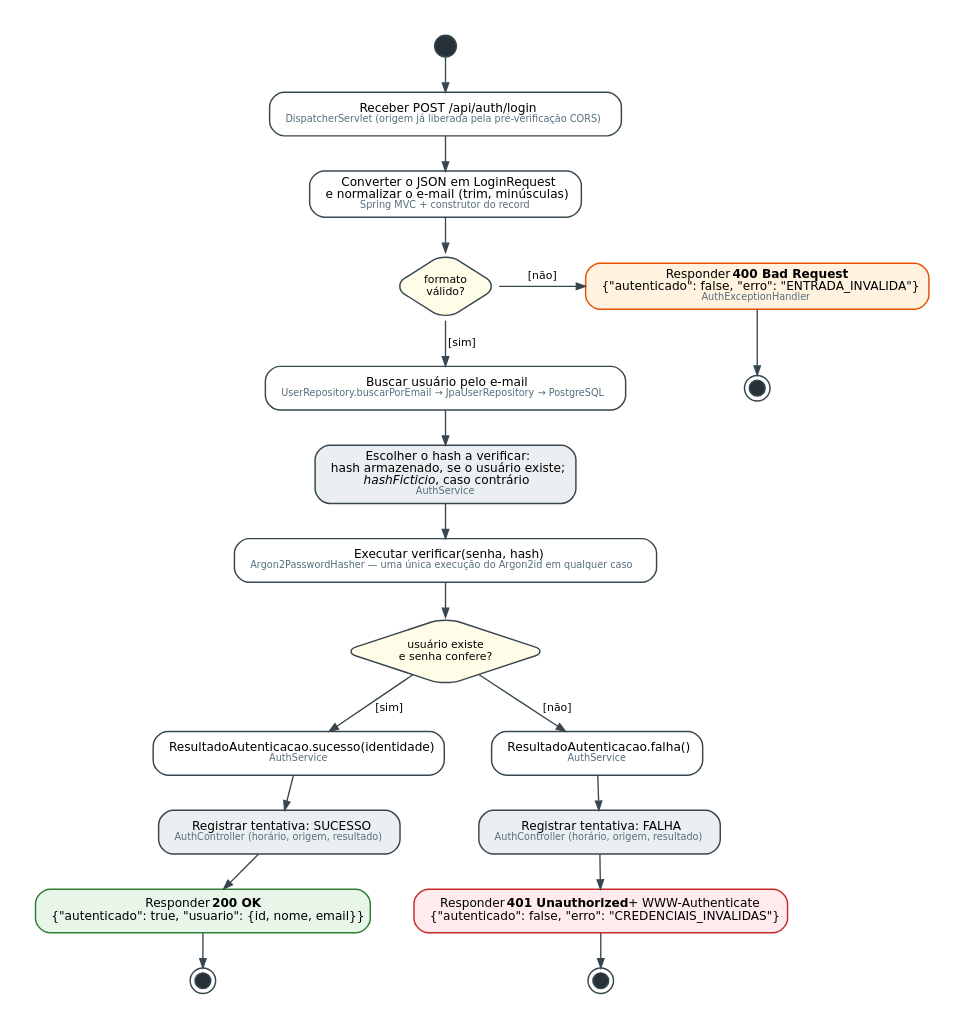
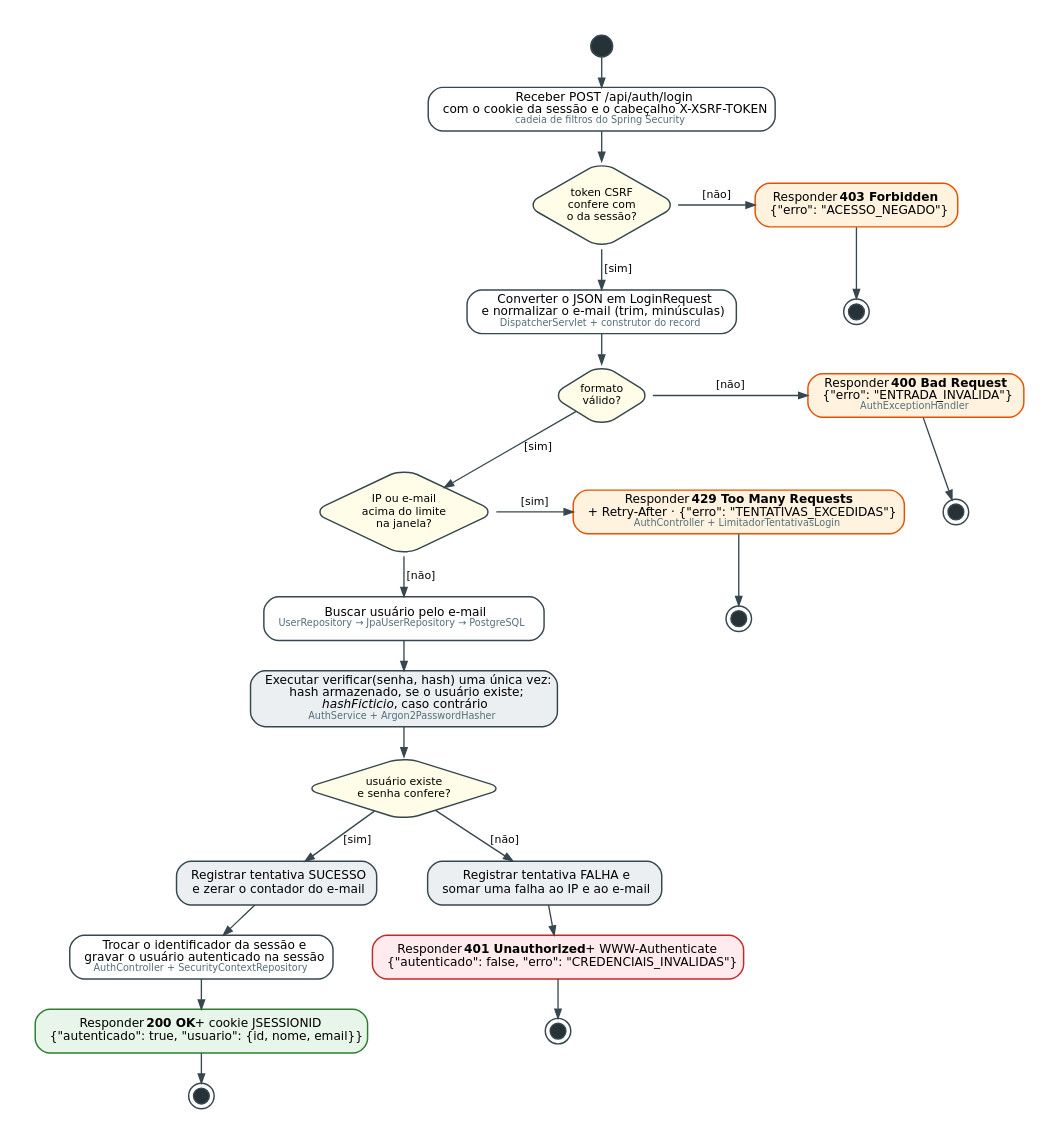
The diagram in docs/diagramas/fig-2.4-atividades-decisao.dot (claudioferreira23/software-autenticacao-web), drawn with Graphviz before and after one commit. The commit also changed 5 other files, not shown here.

First line of the commit message:
docs: atualiza diagramas para cadastro, sessão, CSRF e limite de tentativas

```diff
--- a/docs/diagramas/fig-2.4-atividades-decisao.dot
+++ b/docs/diagramas/fig-2.4-atividades-decisao.dot
@@ -1,36 +1,47 @@
 digraph atividades {
-  graph [rankdir=TB, fontname="DejaVu Sans", fontsize=12, nodesep=0.5, ranksep=0.38, bgcolor="white", pad=0.3, splines=spline];
-  node  [fontname="DejaVu Sans", fontsize=10, shape=box, style="rounded,filled", fillcolor="#FFFFFF", color="#37474F", penwidth=1.2, margin="0.18,0.07"];
+  graph [rankdir=TB, fontname="DejaVu Sans", fontsize=12, nodesep=0.45, ranksep=0.32, bgcolor="white", pad=0.3, splines=spline];
+  node  [fontname="DejaVu Sans", fontsize=10, shape=box, style="rounded,filled", fillcolor="#FFFFFF", color="#37474F", penwidth=1.2, margin="0.16,0.06"];
   edge  [fontname="DejaVu Sans", fontsize=9, color="#37474F", penwidth=1.1, arrowsize=0.75];
 
-  inicio  [shape=circle, label="", width=0.25, style=filled, fillcolor="#263238"];
+  inicio [shape=circle, label="", width=0.25, style=filled, fillcolor="#263238"];
   f200 [shape=doublecircle, label="", width=0.18, style=filled, fillcolor="#263238"];
+  f403 [shape=doublecircle, label="", width=0.18, style=filled, fillcolor="#263238"];
   f400 [shape=doublecircle, label="", width=0.18, style=filled, fillcolor="#263238"];
+  f429 [shape=doublecircle, label="", width=0.18, style=filled, fillcolor="#263238"];
   f401 [shape=doublecircle, label="", width=0.18, style=filled, fillcolor="#263238"];
 
-  receber  [label=<Receber POST /api/auth/login<BR/><FONT POINT-SIZE="8" COLOR="#546E7A">DispatcherServlet (origem já liberada pela pré-verificação CORS)</FONT>>];
-  converter[label=<Converter o JSON em LoginRequest<BR/>e normalizar o e-mail (trim, minúsculas)<BR/><FONT POINT-SIZE="8" COLOR="#546E7A">Spring MVC + construtor do record</FONT>>];
-  dval     [shape=diamond, label="formato\nválido?", fontsize=9, fillcolor="#FFFDE7", margin="0.05,0.05"];
-  r400     [label=<Responder <B>400 Bad Request</B><BR/>{"autenticado": false, "erro": "ENTRADA_INVALIDA"}<BR/><FONT POINT-SIZE="8" COLOR="#546E7A">AuthExceptionHandler</FONT>>, fillcolor="#FFF3E0", color="#E65100"];
+  receber  [label=<Receber POST /api/auth/login<BR/>com o cookie da sessão e o cabeçalho X-XSRF-TOKEN<BR/><FONT POINT-SIZE="8" COLOR="#546E7A">cadeia de filtros do Spring Security</FONT>>];
+  dcsrf    [shape=diamond, label="token CSRF\nconfere com\no da sessão?", fontsize=9, fillcolor="#FFFDE7", margin="0.04,0.04"];
+  r403     [label=<Responder <B>403 Forbidden</B><BR/>{"erro": "ACESSO_NEGADO"}>, fillcolor="#FFF3E0", color="#E65100"];
+  converter[label=<Converter o JSON em LoginRequest<BR/>e normalizar o e-mail (trim, minúsculas)<BR/><FONT POINT-SIZE="8" COLOR="#546E7A">DispatcherServlet + construtor do record</FONT>>];
+  dval     [shape=diamond, label="formato\nválido?", fontsize=9, fillcolor="#FFFDE7", margin="0.04,0.04"];
+  r400     [label=<Responder <B>400 Bad Request</B><BR/>{"erro": "ENTRADA_INVALIDA"}<BR/><FONT POINT-SIZE="8" COLOR="#546E7A">AuthExceptionHandler</FONT>>, fillcolor="#FFF3E0", color="#E65100"];
+  dlim     [shape=diamond, label="IP ou e-mail\nacima do limite\nna janela?", fontsize=9, fillcolor="#FFFDE7", margin="0.04,0.04"];
+  r429     [label=<Responder <B>429 Too Many Requests</B><BR/>+ Retry-After · {"erro": "TENTATIVAS_EXCEDIDAS"}<BR/><FONT POINT-SIZE="8" COLOR="#546E7A">AuthController + LimitadorTentativasLogin</FONT>>, fillcolor="#FFF3E0", color="#E65100"];
 
-  buscar   [label=<Buscar usuário pelo e-mail<BR/><FONT POINT-SIZE="8" COLOR="#546E7A">UserRepository.buscarPorEmail → JpaUserRepository → PostgreSQL</FONT>>];
-  escolher [label=<Escolher o hash a verificar:<BR/>hash armazenado, se o usuário existe;<BR/><I>hashFicticio</I>, caso contrário<BR/><FONT POINT-SIZE="8" COLOR="#546E7A">AuthService</FONT>>, fillcolor="#ECEFF1"];
-  verificar[label=<Executar verificar(senha, hash)<BR/><FONT POINT-SIZE="8" COLOR="#546E7A">Argon2PasswordHasher — uma única execução do Argon2id em qualquer caso</FONT>>];
-  dok      [shape=diamond, label="usuário existe\ne senha confere?", fontsize=9, fillcolor="#FFFDE7", margin="0.05,0.05"];
-  sucesso  [label=<ResultadoAutenticacao.sucesso(identidade)<BR/><FONT POINT-SIZE="8" COLOR="#546E7A">AuthService</FONT>>];
-  falha    [label=<ResultadoAutenticacao.falha()<BR/><FONT POINT-SIZE="8" COLOR="#546E7A">AuthService</FONT>>];
-  log1     [label=<Registrar tentativa: SUCESSO<BR/><FONT POINT-SIZE="8" COLOR="#546E7A">AuthController (horário, origem, resultado)</FONT>>, fillcolor="#ECEFF1"];
-  log2     [label=<Registrar tentativa: FALHA<BR/><FONT POINT-SIZE="8" COLOR="#546E7A">AuthController (horário, origem, resultado)</FONT>>, fillcolor="#ECEFF1"];
-  r200     [label=<Responder <B>200 OK</B><BR/>{"autenticado": true, "usuario": {id, nome, email}}>, fillcolor="#E8F5E9", color="#2E7D32"];
+  buscar   [label=<Buscar usuário pelo e-mail<BR/><FONT POINT-SIZE="8" COLOR="#546E7A">UserRepository → JpaUserRepository → PostgreSQL</FONT>>];
+  verificar[label=<Executar verificar(senha, hash) uma única vez:<BR/>hash armazenado, se o usuário existe;<BR/><I>hashFicticio</I>, caso contrário<BR/><FONT POINT-SIZE="8" COLOR="#546E7A">AuthService + Argon2PasswordHasher</FONT>>, fillcolor="#ECEFF1"];
+  dok      [shape=diamond, label="usuário existe\ne senha confere?", fontsize=9, fillcolor="#FFFDE7", margin="0.04,0.04"];
+  log1     [label=<Registrar tentativa SUCESSO<BR/>e zerar o contador do e-mail>, fillcolor="#ECEFF1"];
+  sessao   [label=<Trocar o identificador da sessão e<BR/>gravar o usuário autenticado na sessão<BR/><FONT POINT-SIZE="8" COLOR="#546E7A">AuthController + SecurityContextRepository</FONT>>];
+  log2     [label=<Registrar tentativa FALHA e<BR/>somar uma falha ao IP e ao e-mail>, fillcolor="#ECEFF1"];
+  r200     [label=<Responder <B>200 OK</B> + cookie JSESSIONID<BR/>{"autenticado": true, "usuario": {id, nome, email}}>, fillcolor="#E8F5E9", color="#2E7D32"];
   r401     [label=<Responder <B>401 Unauthorized</B> + WWW-Authenticate<BR/>{"autenticado": false, "erro": "CREDENCIAIS_INVALIDAS"}>, fillcolor="#FFEBEE", color="#C62828"];
 
-  inicio -> receber -> converter -> dval;
+  inicio -> receber -> dcsrf;
+  dcsrf -> r403 [label=" [não]"]; r403 -> f403;
+  dcsrf -> converter [label=" [sim]"];
+  converter -> dval;
   dval -> r400 [label=" [não]"]; r400 -> f400;
-  dval -> buscar [label=" [sim]"];
-  buscar -> escolher -> verificar -> dok;
-  dok -> sucesso [label=" [sim]"]; dok -> falha [label=" [não]"];
-  sucesso -> log1 -> r200 -> f200;
-  falha -> log2 -> r401 -> f401;
+  dval -> dlim [label=" [sim]"];
+  dlim -> r429 [label=" [sim]"]; r429 -> f429;
+  dlim -> buscar [label=" [não]"];
+  buscar -> verificar -> dok;
+  dok -> log1 [label=" [sim]"]; dok -> log2 [label=" [não]"];
+  log1 -> sessao -> r200 -> f200;
+  log2 -> r401 -> f401;
+  { rank=same; dcsrf; r403; }
   { rank=same; dval; r400; }
-  { rank=same; sucesso; falha; }
+  { rank=same; dlim; r429; }
+  { rank=same; log1; log2; }
 }
```
